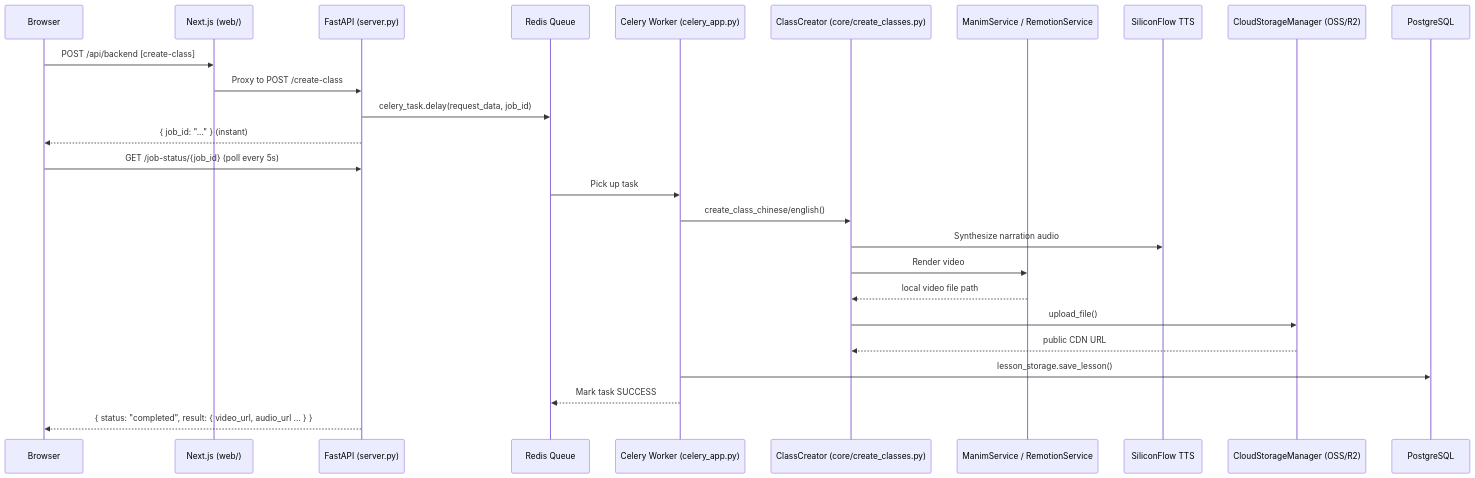
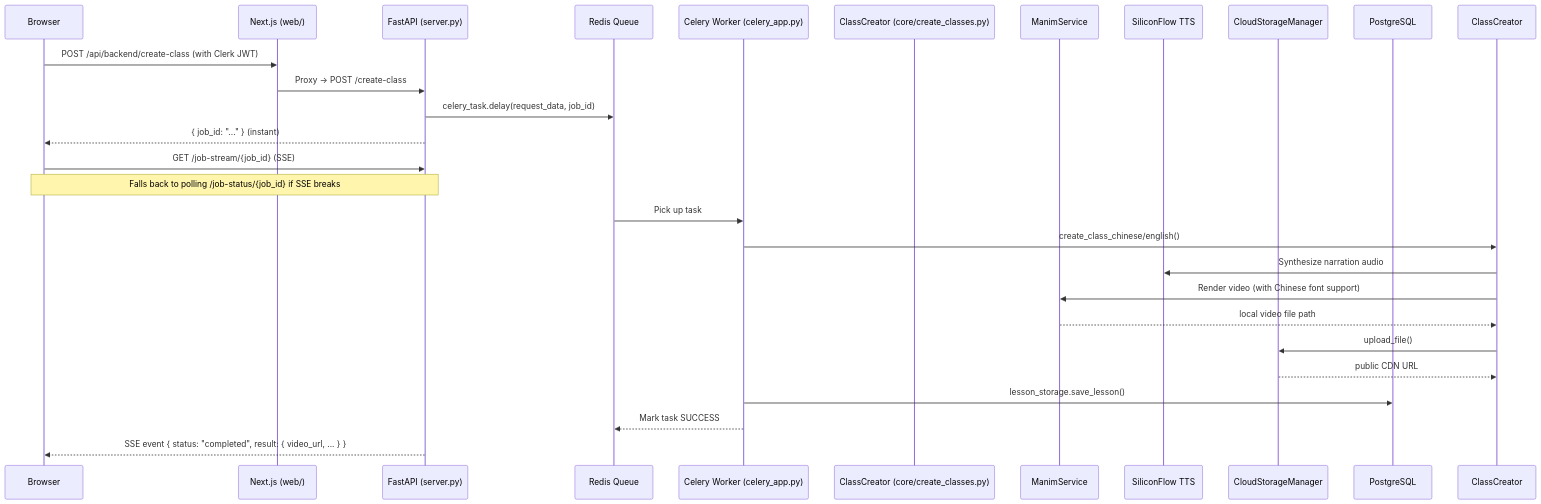
Before and after one commit to LQ458/mentormind: the diagram in architecture.md, drawn with Mermaid. The commit also changed other lines of this file and 5 other files, not shown here.

Commit message:
fix backend, revise architecture

````diff
--- a/architecture.md
+++ b/architecture.md
@@ -22,32 +22,33 @@
 ```mermaid
 sequenceDiagram
     participant Browser
     participant Next.js (web/)
     participant FastAPI (server.py)
     participant Redis Queue
     participant Celery Worker (celery_app.py)
     participant ClassCreator (core/create_classes.py)
-    participant ManimService / RemotionService
+    participant ManimService
     participant SiliconFlow TTS
-    participant CloudStorageManager (OSS/R2)
+    participant CloudStorageManager
     participant PostgreSQL
 
-    Browser->>Next.js (web/): POST /api/backend [create-class]
-    Next.js (web/)->>FastAPI (server.py): Proxy to POST /create-class
+    Browser->>Next.js (web/): POST /api/backend/create-class (with Clerk JWT)
+    Next.js (web/)->>FastAPI (server.py): Proxy → POST /create-class
     FastAPI (server.py)->>Redis Queue: celery_task.delay(request_data, job_id)
     FastAPI (server.py)-->>Browser: { job_id: "..." } (instant)
 
-    Browser->>FastAPI (server.py): GET /job-status/{job_id} (poll every 5s)
+    Browser->>FastAPI (server.py): GET /job-stream/{job_id} (SSE)
+    Note over Browser,FastAPI (server.py): Falls back to polling /job-status/{job_id} if SSE breaks
 
     Redis Queue->>Celery Worker (celery_app.py): Pick up task
-    Celery Worker (celery_app.py)->>ClassCreator (core/create_classes.py): create_class_chinese/english()
-    ClassCreator (core/create_classes.py)->>SiliconFlow TTS: Synthesize narration audio
-    ClassCreator (core/create_classes.py)->>ManimService / RemotionService: Render video
-    ManimService / RemotionService-->>ClassCreator (core/create_classes.py): local video file path
-    ClassCreator (core/create_classes.py)->>CloudStorageManager (OSS/R2): upload_file()
-    CloudStorageManager (OSS/R2)-->>ClassCreator (core/create_classes.py): public CDN URL
+    Celery Worker (celery_app.py)->>ClassCreator: create_class_chinese/english()
+    ClassCreator->>SiliconFlow TTS: Synthesize narration audio
+    ClassCreator->>ManimService: Render video (with Chinese font support)
+    ManimService-->>ClassCreator: local video file path
+    ClassCreator->>CloudStorageManager: upload_file()
+    CloudStorageManager-->>ClassCreator: public CDN URL
     Celery Worker (celery_app.py)->>PostgreSQL: lesson_storage.save_lesson()
     Celery Worker (celery_app.py)-->>Redis Queue: Mark task SUCCESS
 
-    FastAPI (server.py)-->>Browser: { status: "completed", result: { video_url, audio_url ... } }
+    FastAPI (server.py)-->>Browser: SSE event { status: "completed", result: { video_url, ... } }
 ```
````
